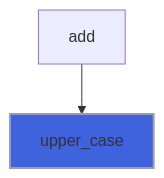
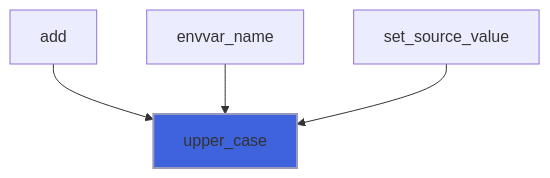
One commit to szaghi/FLAP changed diagram 13 of 14 in docs/api/src/lib/flap_utils_m.md. Above: the diagram before and after it, drawn with Mermaid. The commit also changed other lines of this file and 17 other files, not shown here.

````diff
--- a/docs/api/src/lib/flap_utils_m.md
+++ b/docs/api/src/lib/flap_utils_m.md
@@ -214,5 +467,7 @@
 ```mermaid
 flowchart TD
   add["add"] --> upper_case["upper_case"]
+  envvar_name["envvar_name"] --> upper_case["upper_case"]
+  set_source_value["set_source_value"] --> upper_case["upper_case"]
   style upper_case fill:#3e63dd,stroke:#99b,stroke-width:2px
 ```
````
